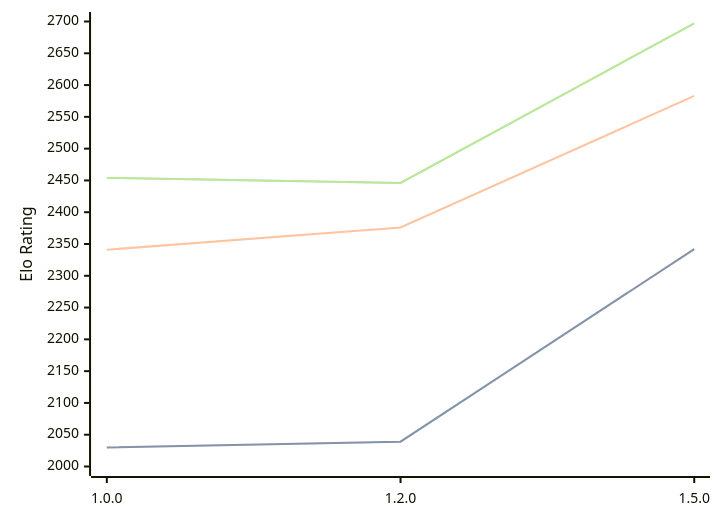
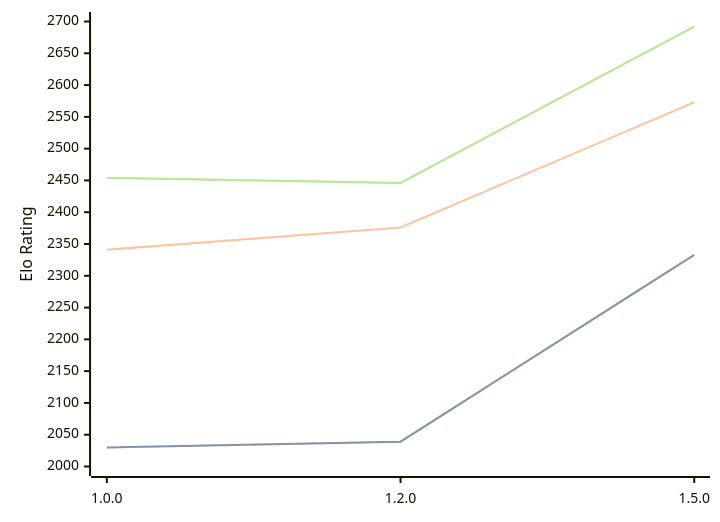
The first of 3 diagrams in engines/Basilisk.md (computer-chess-index/cci), drawn with Mermaid before and after one commit. The commit also changed other lines of this file, not shown here.

Commit message:
Update CCI Ratings (ELO VLTC) - 2026-06-18

````diff
--- a/engines/Basilisk.md
+++ b/engines/Basilisk.md
@@ -48,11 +48,11 @@
 ```mermaid
 %%{init: {"theme":"base","themeVariables":{"seriesColors:['#a3a3a3','#222221','#faa371']}}}%%
 xychart-beta
   x-axis ["1.0.0", "1.2.0", "1.5.0"]
   y-axis "Elo Rating" 2000 --> 2700
-  line "STC (8.0+0.08s)" [2030, 2039, 2342]
-  line "STC (8.0+0.08s)" [2030, 2039, 2342]
-  line "LTC (60.0+0.60s)" [2341, 2376, 2583]
-  line "VLTC (2m24s+1.12s)" [2454, 2446, 2697]
-  line "VLTC (2m24s+1.12s)" [2454, 2446, 2697]
+  line "STC (8.0+0.08s)" [2030, 2039, 2333]
+  line "STC (8.0+0.08s)" [2030, 2039, 2333]
+  line "LTC (60.0+0.60s)" [2341, 2376, 2573]
+  line "VLTC (2m24s+1.12s)" [2454, 2446, 2692]
+  line "VLTC (2m24s+1.12s)" [2454, 2446, 2692]
 ```
````
